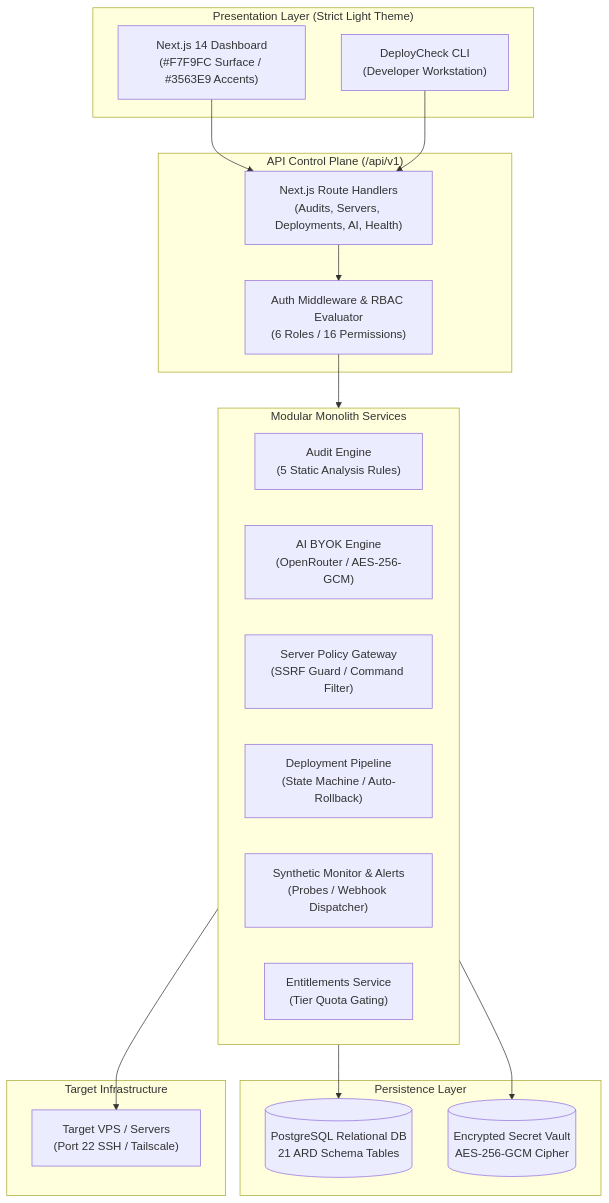
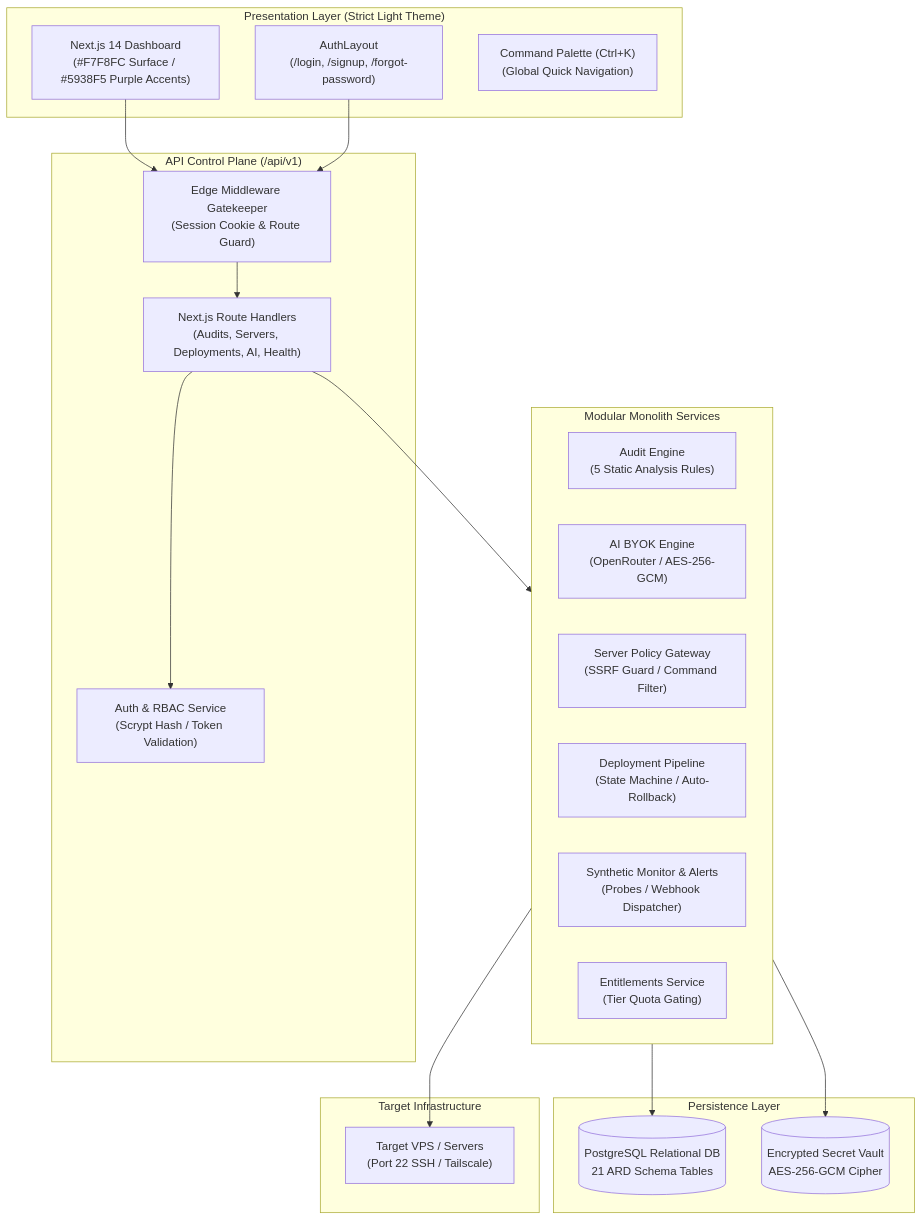
One commit to nkdhawan76/DevSparks-India-opensource-1 changed the second of 2 diagrams in README.md. Above: the diagram before and after it, drawn with Mermaid. The commit also changed other lines of this file, not shown here.

Commit message:
docs: update README with auth architecture, route protection, and test credentials

````diff
--- a/README.md
+++ b/README.md
@@ -110,38 +117,41 @@
 ```mermaid
 graph TD
     subgraph Presentation["Presentation Layer (Strict Light Theme)"]
-        Dashboard["Next.js 14 Dashboard\n(#F7F9FC Surface / #3563E9 Accents)"]
-        CLI["DeployCheck CLI\n(Developer Workstation)"]
+        Dashboard["Next.js 14 Dashboard\n(#F7F8FC Surface / #5938F5 Purple Accents)"]
+        AuthShell["AuthLayout\n(/login, /signup, /forgot-password)"]
+        CommandPal["Command Palette (Ctrl+K)\n(Global Quick Navigation)"]
     end
 
     subgraph APIPlane["API Control Plane (/api/v1)"]
-        AuthMiddleware["Auth Middleware & RBAC Evaluator\n(6 Roles / 16 Permissions)"]
+        NextMiddleware["Edge Middleware Gatekeeper\n(Session Cookie & Route Guard)"]
+        AuthService["Auth & RBAC Service\n(Scrypt Hash / Token Validation)"]
         RouteHandlers["Next.js Route Handlers\n(Audits, Servers, Deployments, AI, Health)"]
     end
 
     subgraph CoreServices["Modular Monolith Services"]
         AuditEngine["Audit Engine\n(5 Static Analysis Rules)"]
         AIEngine["AI BYOK Engine\n(OpenRouter / AES-256-GCM)"]
         PolicyGW["Server Policy Gateway\n(SSRF Guard / Command Filter)"]
         DeployPipe["Deployment Pipeline\n(State Machine / Auto-Rollback)"]
         MonitorEngine["Synthetic Monitor & Alerts\n(Probes / Webhook Dispatcher)"]
         Entitlements["Entitlements Service\n(Tier Quota Gating)"]
     end
 
     subgraph Storage["Persistence Layer"]
         Postgres[(PostgreSQL Relational DB\n21 ARD Schema Tables)]
         SecretVault[(Encrypted Secret Vault\nAES-256-GCM Cipher)]
     end
 
     subgraph Targets["Target Infrastructure"]
         VPS["Target VPS / Servers\n(Port 22 SSH / Tailscale)"]
     end
 
-    Dashboard --> RouteHandlers
-    CLI --> RouteHandlers
-    RouteHandlers --> AuthMiddleware
-    AuthMiddleware --> CoreServices
+    Dashboard --> NextMiddleware
+    AuthShell --> NextMiddleware
+    NextMiddleware --> RouteHandlers
+    RouteHandlers --> AuthService
+    RouteHandlers --> CoreServices
     CoreServices --> Postgres
     CoreServices --> SecretVault
     CoreServices --> VPS
 ```
````
